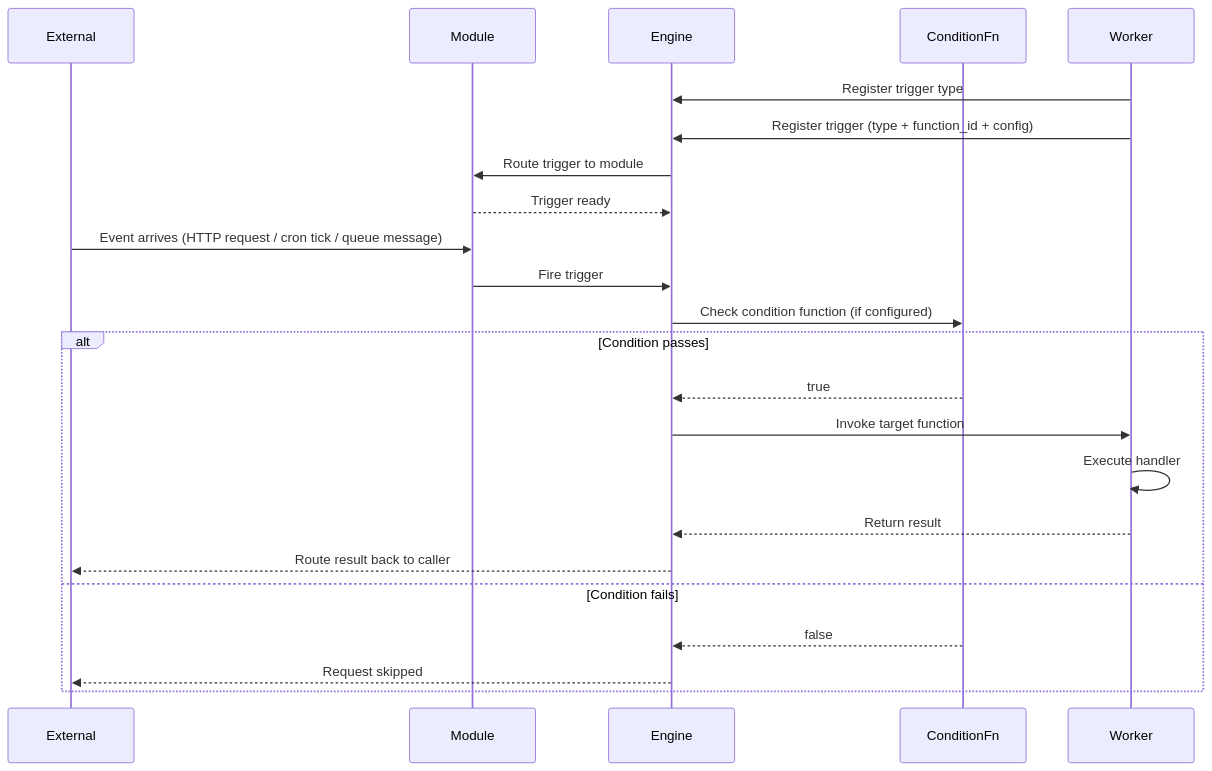
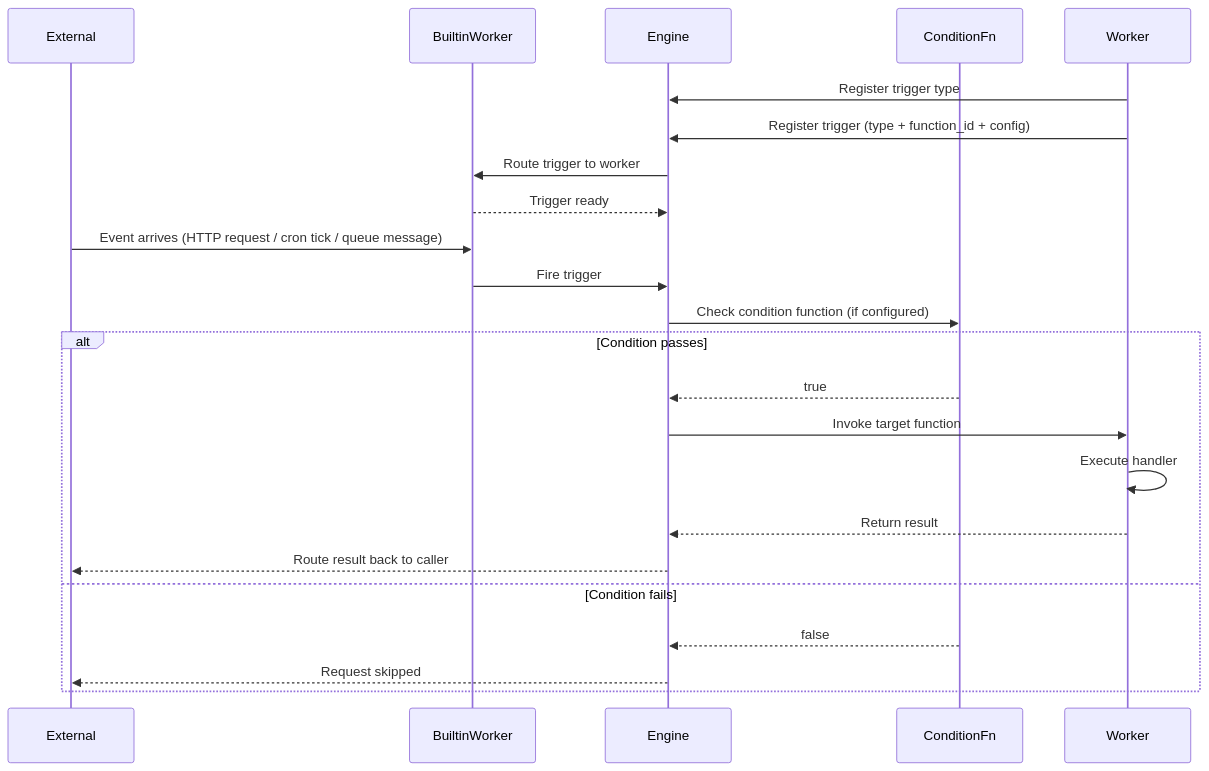
The first of 5 diagrams in docs/architecture/trigger-types.mdx (iii-hq/iii), drawn with Mermaid before and after one commit. The commit also changed other lines of this file and 13 other files, not shown here.

````diff
--- a/docs/architecture/trigger-types.mdx
+++ b/docs/architecture/trigger-types.mdx
@@ -53,27 +53,27 @@
 ```mermaid
 sequenceDiagram
     participant External
-    participant Module
+    participant BuiltinW as BuiltinWorker
     participant Engine
     participant ConditionFn
     participant Worker
 
     Worker->>Engine: Register trigger type
     Worker->>Engine: Register trigger (type + function_id + config)
-    Engine->>Module: Route trigger to module
-    Module-->>Engine: Trigger ready
+    Engine->>BuiltinW: Route trigger to worker
+    BuiltinW-->>Engine: Trigger ready
 
-    External->>Module: Event arrives (HTTP request / cron tick / queue message)
-    Module->>Engine: Fire trigger
+    External->>BuiltinW: Event arrives (HTTP request / cron tick / queue message)
+    BuiltinW->>Engine: Fire trigger
     Engine->>ConditionFn: Check condition function (if configured)
     alt Condition passes
         ConditionFn-->>Engine: true
         Engine->>Worker: Invoke target function
         Worker->>Worker: Execute handler
         Worker-->>Engine: Return result
         Engine-->>External: Route result back to caller
     else Condition fails
         ConditionFn-->>Engine: false
         Engine-->>External: Request skipped
     end
 ```
````
